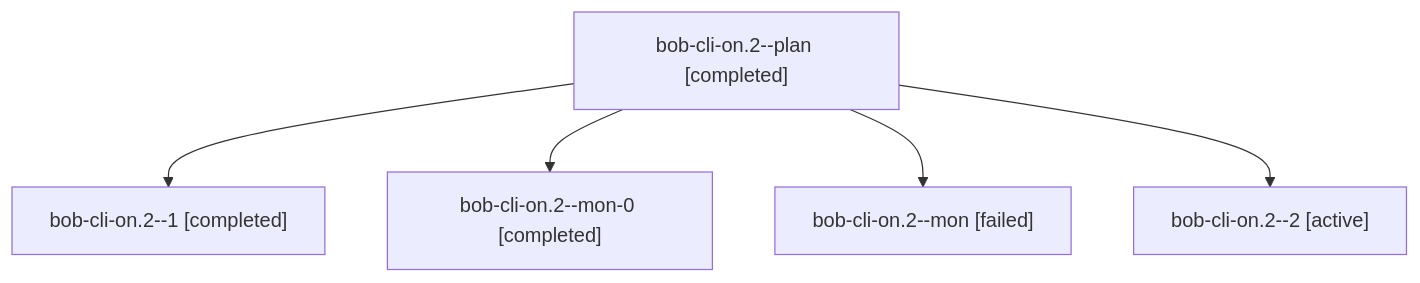
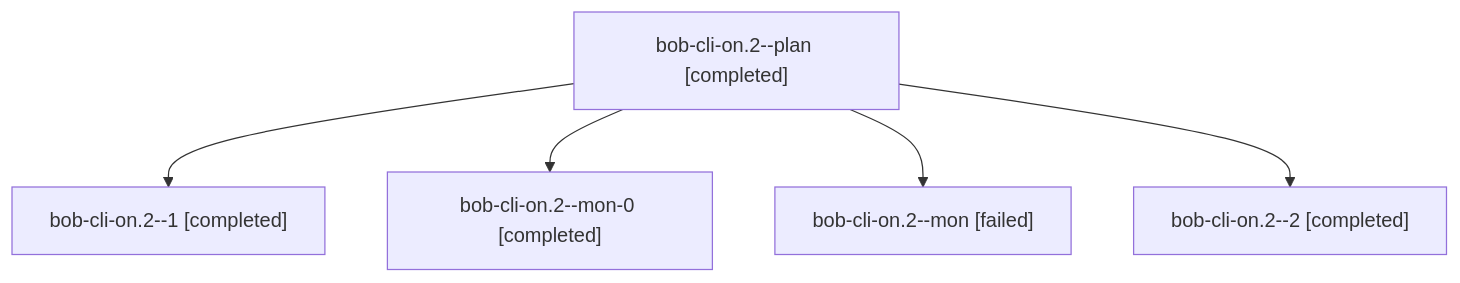
Before and after one commit to bobs-org/bob-cli--agents: the diagram in sessions/bbugyi200.athena.bob-cli-on.2.md, drawn with Mermaid. The commit also changed other lines of this file and 91 other files, not shown here.

````diff
--- a/sessions/bbugyi200.athena.bob-cli-on.2.md
+++ b/sessions/bbugyi200.athena.bob-cli-on.2.md
@@ -9,12 +9,12 @@
 ```mermaid
 flowchart TD
   n0["bob-cli-on.2--plan [completed]"]
   n1["bob-cli-on.2--1 [completed]"]
   n0 --> n1
   n2["bob-cli-on.2--mon-0 [completed]"]
   n0 --> n2
   n3["bob-cli-on.2--mon [failed]"]
   n0 --> n3
-  n4["bob-cli-on.2--2 [active]"]
+  n4["bob-cli-on.2--2 [completed]"]
   n0 --> n4
 ```
````
